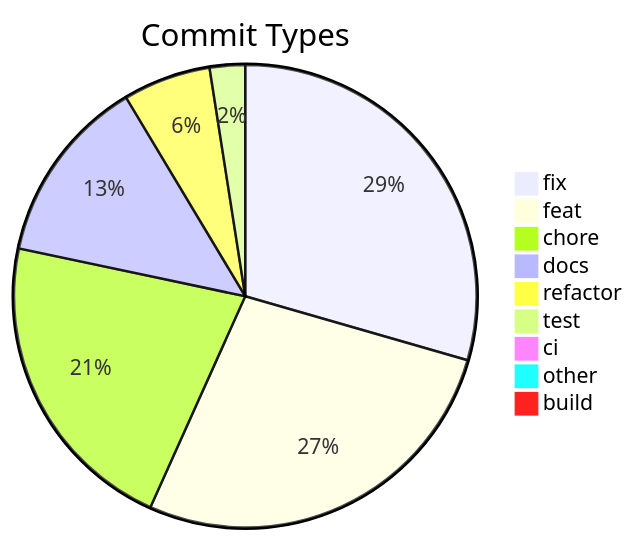
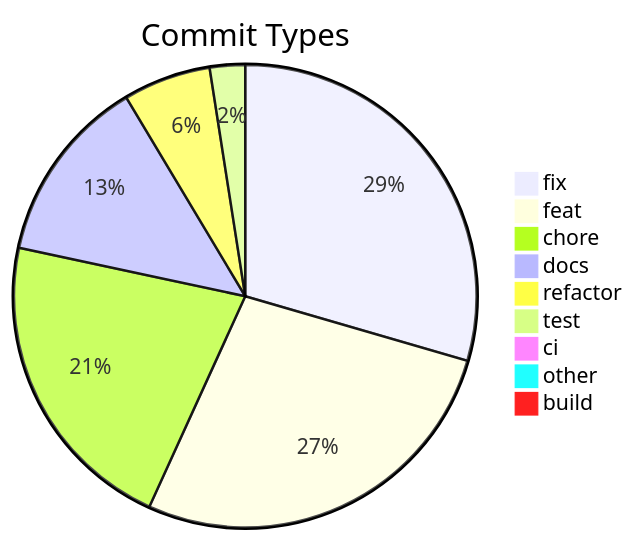
Before and after one commit to svenroth-ai/shipwright: the diagram in .shipwright/compliance/change-history.md, drawn with Mermaid. The commit also changed other lines of this file and 24 other files, not shown here.

````diff
--- a/.shipwright/compliance/change-history.md
+++ b/.shipwright/compliance/change-history.md
@@ -8,12 +8,12 @@
 ```mermaid
 pie title Commit Types
-    "fix" : 322
-    "feat" : 298
+    "fix" : 323
+    "feat" : 299
     "chore" : 236
     "docs" : 143
     "refactor" : 67
     "test" : 27
     "ci" : 11
     "other" : 7
     "build" : 1
 ```
````
